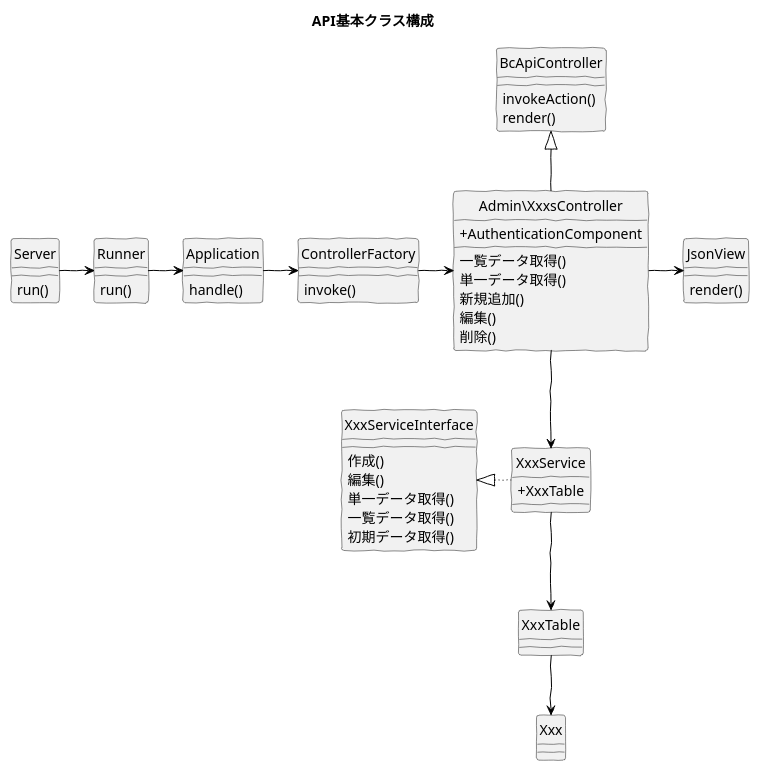
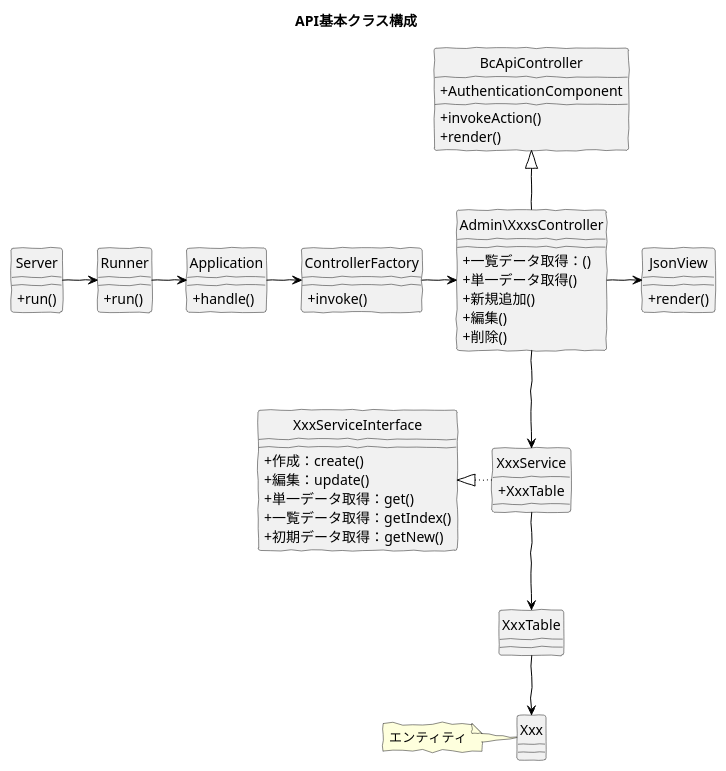
Before and after one commit to baserproject/baserproject.github.io: the diagram in src/puml/5/ucmitz/class/basic_api.puml, drawn with PlantUML. The commit also changed 12 other files, not shown here.

Commit message:
クラス図を調整

```diff
--- a/src/puml/5/ucmitz/class/basic_api.puml
+++ b/src/puml/5/ucmitz/class/basic_api.puml
@@ -1,77 +1,81 @@
 @startuml
 skinparam handwritten true
 hide circle
 skinparam classAttributeIconSize 0
 
 title API基本クラス構成
 
 class Server {
-  run()
+  + run()
 }
 
 class Runner {
-  run()
+  + run()
 }
 
 class Application {
-  handle()
+  + handle()
 }
 
 class ControllerFactory {
-  invoke()
+  + invoke()
 }
 
 class Admin\XxxsController {
-  + AuthenticationComponent
-  一覧データ取得()
-  単一データ取得()
-  新規追加()
-  編集()
-  削除()
+  + 一覧データ取得：()
+  + 単一データ取得()
+  + 新規追加()
+  + 編集()
+  + 削除()
 }
 
 class BcApiController {
-  invokeAction()
-  render()
+  + AuthenticationComponent
+  + invokeAction()
+  + render()
 }
 
 class JsonView {
-  render()
+  + render()
 }
 
 class XxxService {
   + XxxTable
 }
 
 class XxxServiceInterface {
-  作成()
-  編集()
-  単一データ取得()
-  一覧データ取得()
-  初期データ取得()
+  + 作成：create()
+  + 編集：update()
+  + 単一データ取得：get()
+  + 一覧データ取得：getIndex()
+  + 初期データ取得：getNew()
 }
 
 class XxxTable {
 }
 
 class Xxx {
 }
+
+note left
+エンティティ
+endnote
 
 Server -right[#Black]-> Runner
 
 Runner -right[#Black]-> Application
 
 Application -right[#Black]-> ControllerFactory
 
 ControllerFactory -right[#Black]-> Admin\XxxsController
 
 Admin\XxxsController -right[#Black]-> JsonView
 Admin\XxxsController -down[#Black]-> XxxService
 Admin\XxxsController -up[#Black]-|> BcApiController
 
 XxxService -left[dotted,#Black]-|> XxxServiceInterface
 XxxService -down[#Black]-> XxxTable
 
 XxxTable -down[#Black]-> Xxx
 
 @enduml
```
